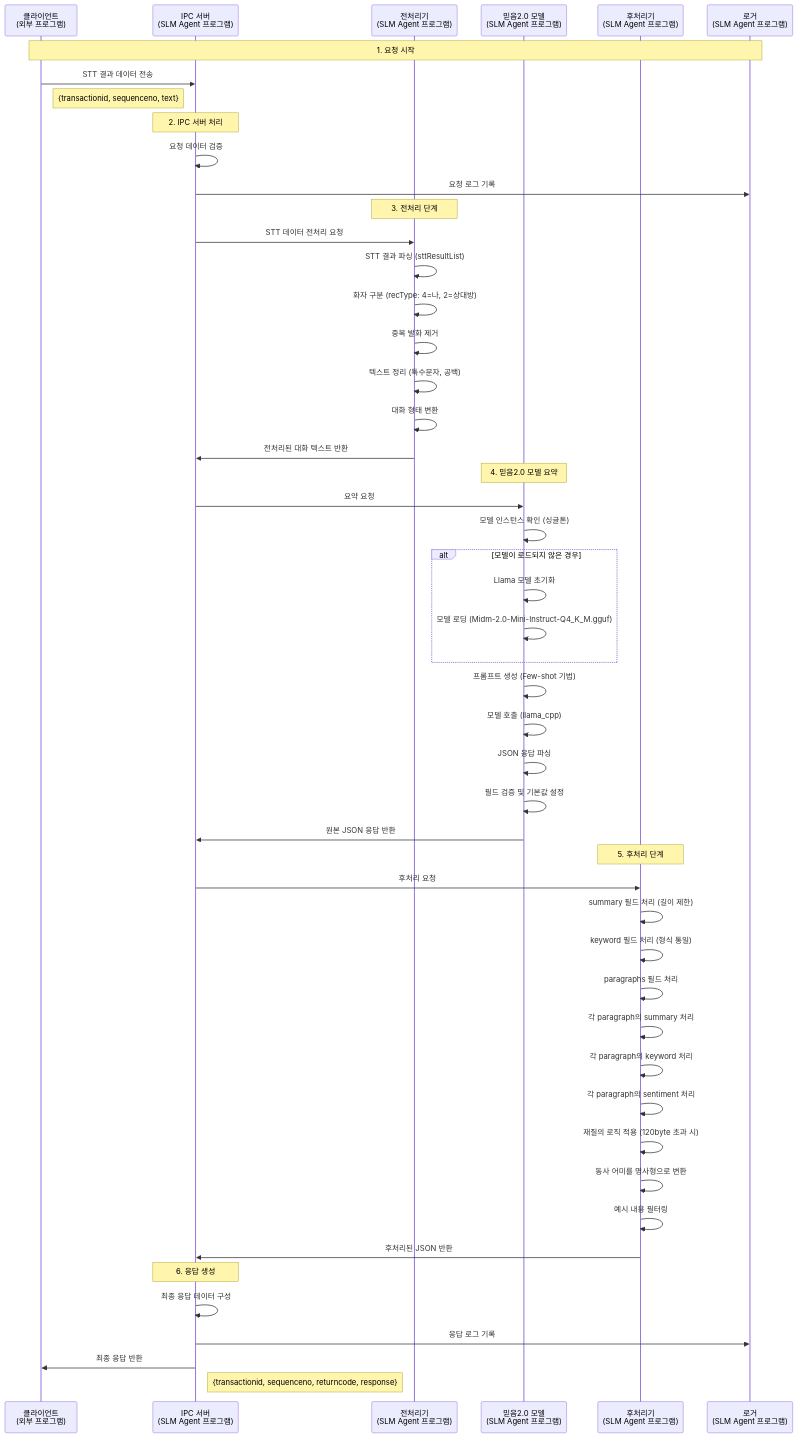
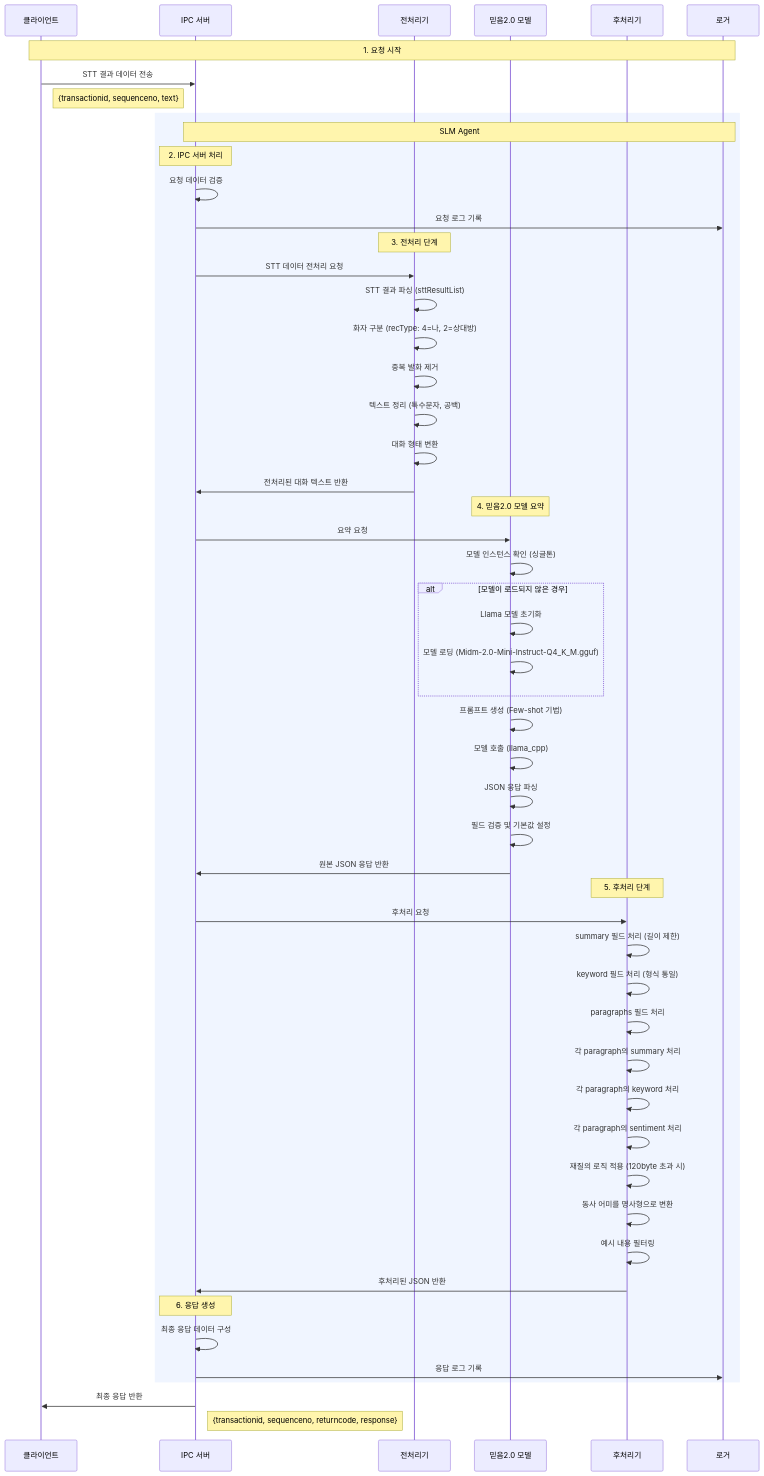
One commit to hak023/gemma-summarizer-poc changed the first of 5 diagrams in sequence_diagram.md. Above: the diagram before and after it, drawn with Mermaid. The commit also changed other lines of this file and 2 other files, not shown here.

First line of the commit message:
올바른 SLM Agent 그룹핑 적용: participant 원래 이름 + rect 구문

````diff
--- a/sequence_diagram.md
+++ b/sequence_diagram.md
@@ -5,58 +5,61 @@
 ```mermaid
 sequenceDiagram
-    participant Client as 클라이언트<br/>(외부 프로그램)
-    participant IPC as IPC 서버<br/>(SLM Agent 프로그램)
-    participant Preprocessor as 전처리기<br/>(SLM Agent 프로그램)
-    participant Gemma as 믿음2.0 모델<br/>(SLM Agent 프로그램)
-    participant Postprocessor as 후처리기<br/>(SLM Agent 프로그램)
-    participant Logger as 로거<br/>(SLM Agent 프로그램)
+    participant Client as 클라이언트
+    participant IPC as IPC 서버
+    participant Preprocessor as 전처리기
+    participant Gemma as 믿음2.0 모델
+    participant Postprocessor as 후처리기
+    participant Logger as 로거
 
     Note over Client,Logger: 1. 요청 시작
     Client->>IPC: STT 결과 데이터 전송
     Note right of Client: {transactionid, sequenceno, text}
     
-    Note over IPC: 2. IPC 서버 처리
-    IPC->>IPC: 요청 데이터 검증
-    IPC->>Logger: 요청 로그 기록
-    
-    Note over Preprocessor: 3. 전처리 단계
-    IPC->>Preprocessor: STT 데이터 전처리 요청
-    Preprocessor->>Preprocessor: STT 결과 파싱 (sttResultList)
-    Preprocessor->>Preprocessor: 화자 구분 (recType: 4=나, 2=상대방)
-    Preprocessor->>Preprocessor: 중복 발화 제거
-    Preprocessor->>Preprocessor: 텍스트 정리 (특수문자, 공백)
-    Preprocessor->>Preprocessor: 대화 형태 변환
-    Preprocessor->>IPC: 전처리된 대화 텍스트 반환
-    
-    Note over Gemma: 4. 믿음2.0 모델 요약
-    IPC->>Gemma: 요약 요청
-    Gemma->>Gemma: 모델 인스턴스 확인 (싱글톤)
-    alt 모델이 로드되지 않은 경우
-        Gemma->>Gemma: Llama 모델 초기화
-        Gemma->>Gemma: 모델 로딩 (Midm-2.0-Mini-Instruct-Q4_K_M.gguf)
+    rect rgb(240, 245, 255)
+        Note over IPC,Logger: SLM Agent
+        Note over IPC: 2. IPC 서버 처리
+        IPC->>IPC: 요청 데이터 검증
+        IPC->>Logger: 요청 로그 기록
+        
+        Note over Preprocessor: 3. 전처리 단계
+        IPC->>Preprocessor: STT 데이터 전처리 요청
+        Preprocessor->>Preprocessor: STT 결과 파싱 (sttResultList)
+        Preprocessor->>Preprocessor: 화자 구분 (recType: 4=나, 2=상대방)
+        Preprocessor->>Preprocessor: 중복 발화 제거
+        Preprocessor->>Preprocessor: 텍스트 정리 (특수문자, 공백)
+        Preprocessor->>Preprocessor: 대화 형태 변환
+        Preprocessor->>IPC: 전처리된 대화 텍스트 반환
+        
+        Note over Gemma: 4. 믿음2.0 모델 요약
+        IPC->>Gemma: 요약 요청
+        Gemma->>Gemma: 모델 인스턴스 확인 (싱글톤)
+        alt 모델이 로드되지 않은 경우
+            Gemma->>Gemma: Llama 모델 초기화
+            Gemma->>Gemma: 모델 로딩 (Midm-2.0-Mini-Instruct-Q4_K_M.gguf)
+        end
+        Gemma->>Gemma: 프롬프트 생성 (Few-shot 기법)
+        Gemma->>Gemma: 모델 호출 (llama_cpp)
+        Gemma->>Gemma: JSON 응답 파싱
+        Gemma->>Gemma: 필드 검증 및 기본값 설정
+        Gemma->>IPC: 원본 JSON 응답 반환
+        
+        Note over Postprocessor: 5. 후처리 단계
+        IPC->>Postprocessor: 후처리 요청
+        Postprocessor->>Postprocessor: summary 필드 처리 (길이 제한)
+        Postprocessor->>Postprocessor: keyword 필드 처리 (형식 통일)
+        Postprocessor->>Postprocessor: paragraphs 필드 처리
+        Postprocessor->>Postprocessor: 각 paragraph의 summary 처리
+        Postprocessor->>Postprocessor: 각 paragraph의 keyword 처리
+        Postprocessor->>Postprocessor: 각 paragraph의 sentiment 처리
+        Postprocessor->>Postprocessor: 재질의 로직 적용 (120byte 초과 시)
+        Postprocessor->>Postprocessor: 동사 어미를 명사형으로 변환
+        Postprocessor->>Postprocessor: 예시 내용 필터링
+        Postprocessor->>IPC: 후처리된 JSON 반환
+        
+        Note over IPC: 6. 응답 생성
+        IPC->>IPC: 최종 응답 데이터 구성
+        IPC->>Logger: 응답 로그 기록
     end
-    Gemma->>Gemma: 프롬프트 생성 (Few-shot 기법)
-    Gemma->>Gemma: 모델 호출 (llama_cpp)
-    Gemma->>Gemma: JSON 응답 파싱
-    Gemma->>Gemma: 필드 검증 및 기본값 설정
-    Gemma->>IPC: 원본 JSON 응답 반환
-    
-    Note over Postprocessor: 5. 후처리 단계
-    IPC->>Postprocessor: 후처리 요청
-    Postprocessor->>Postprocessor: summary 필드 처리 (길이 제한)
-    Postprocessor->>Postprocessor: keyword 필드 처리 (형식 통일)
-    Postprocessor->>Postprocessor: paragraphs 필드 처리
-    Postprocessor->>Postprocessor: 각 paragraph의 summary 처리
-    Postprocessor->>Postprocessor: 각 paragraph의 keyword 처리
-    Postprocessor->>Postprocessor: 각 paragraph의 sentiment 처리
-    Postprocessor->>Postprocessor: 재질의 로직 적용 (120byte 초과 시)
-    Postprocessor->>Postprocessor: 동사 어미를 명사형으로 변환
-    Postprocessor->>Postprocessor: 예시 내용 필터링
-    Postprocessor->>IPC: 후처리된 JSON 반환
-    
-    Note over IPC: 6. 응답 생성
-    IPC->>IPC: 최종 응답 데이터 구성
-    IPC->>Logger: 응답 로그 기록
     IPC->>Client: 최종 응답 반환
     Note right of IPC: {transactionid, sequenceno, returncode, response}
 ```
````
